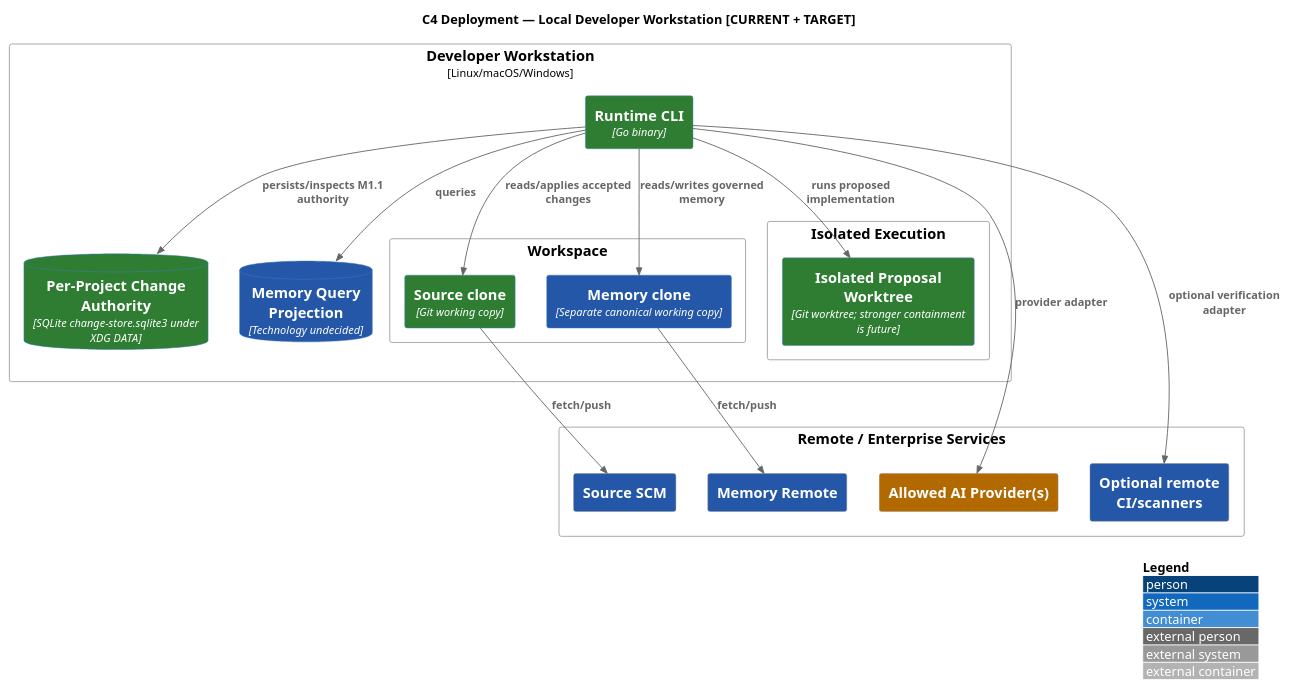
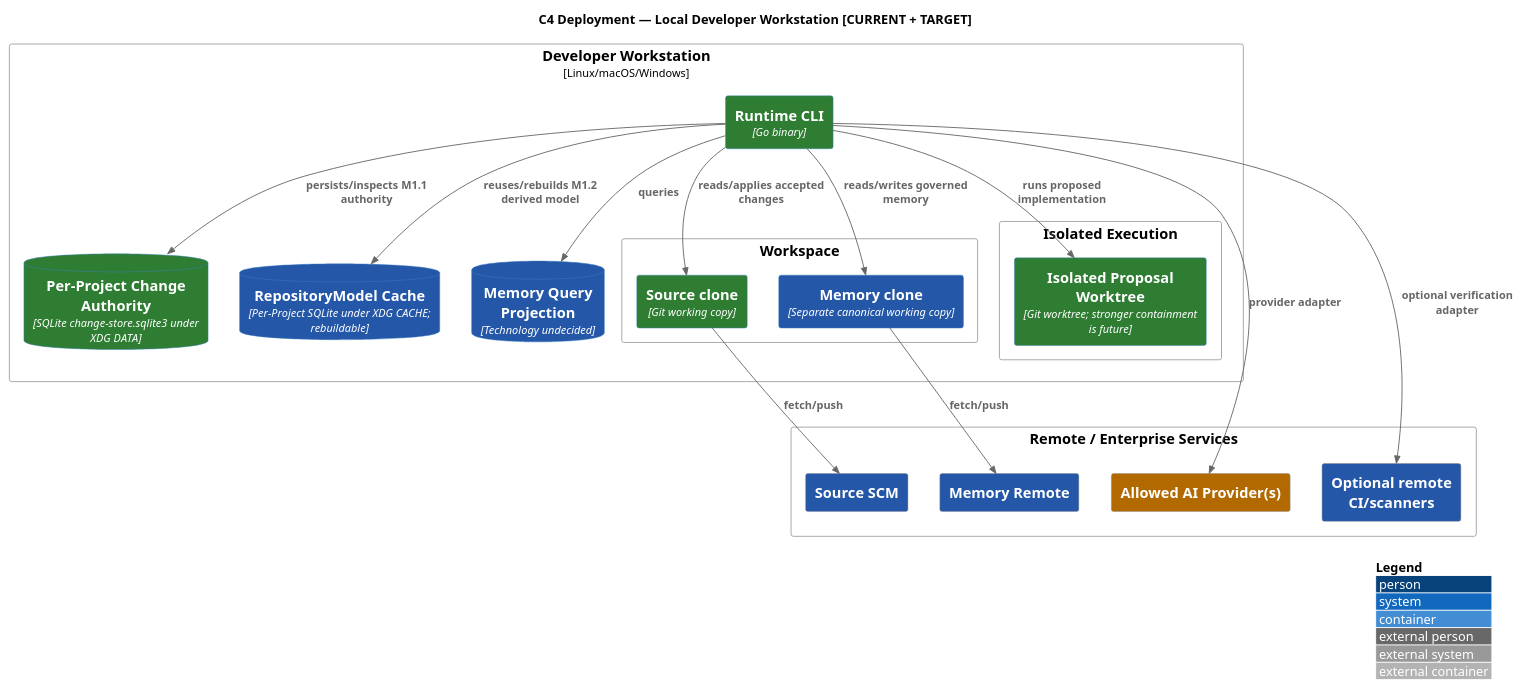
One commit to Eu-Pedro0ficial/praetor changed the diagram in docs/architecture/src/docs/arc42/diagrams/c4-deployment-local.puml. Above: the diagram before and after it, drawn with PlantUML. The commit also changed 37 other files, not shown here.

Commit message:
docs(m1.2): establish repository intelligence architecture

```diff
--- a/docs/architecture/src/docs/arc42/diagrams/c4-deployment-local.puml
+++ b/docs/architecture/src/docs/arc42/diagrams/c4-deployment-local.puml
@@ -1,35 +1,37 @@
 @startuml
 !include <C4/C4_Deployment>
 AddElementTag("AS-IS", $bgColor="#2E7D32", $fontColor="#FFFFFF", $legendText="AS-IS")
 AddElementTag("PARTIAL", $bgColor="#B26A00", $fontColor="#FFFFFF", $legendText="PARTIAL")
 AddElementTag("TARGET", $bgColor="#2457A7", $fontColor="#FFFFFF", $legendText="TARGET")
 LAYOUT_WITH_LEGEND()
 title C4 Deployment — Local Developer Workstation [CURRENT + TARGET]
 Deployment_Node(dev, "Developer Workstation", "Linux/macOS/Windows") {
   Container(cli, "Runtime CLI", "Go binary", $tags="AS-IS")
   ContainerDb(changeStore, "Per-Project Change Authority", "SQLite change-store.sqlite3 under XDG DATA", $tags="AS-IS")
+  ContainerDb(repositoryCache, "RepositoryModel Cache", "Per-Project SQLite under XDG CACHE; rebuildable", $tags="TARGET")
   ContainerDb(index, "Memory Query Projection", "Technology undecided", $tags="TARGET")
   Deployment_Node(workspace, "Workspace") {
     Container(srcLocal, "Source clone", "Git working copy", $tags="AS-IS")
     Container(memLocal, "Memory clone", "Separate canonical working copy", $tags="TARGET")
   }
   Deployment_Node(isolated, "Isolated Execution") {
     Container(sandbox, "Isolated Proposal Worktree", "Git worktree; stronger containment is future", $tags="AS-IS")
   }
 }
 Deployment_Node(remote, "Remote / Enterprise Services") {
   System_Ext(srcRemote, "Source SCM", $tags="TARGET")
   System_Ext(memRemote, "Memory Remote", $tags="TARGET")
   System_Ext(ai, "Allowed AI Provider(s)", $tags="PARTIAL")
   System_Ext(tools, "Optional remote CI/scanners", $tags="TARGET")
 }
 Rel(cli, index, "queries")
 Rel(cli, changeStore, "persists/inspects M1.1 authority")
+Rel(cli, repositoryCache, "reuses/rebuilds M1.2 derived model")
 Rel(cli, srcLocal, "reads/applies accepted changes")
 Rel(cli, memLocal, "reads/writes governed memory")
 Rel(cli, sandbox, "runs proposed implementation")
 Rel(srcLocal, srcRemote, "fetch/push")
 Rel(memLocal, memRemote, "fetch/push")
 Rel(cli, ai, "provider adapter")
 Rel(cli, tools, "optional verification adapter")
 @enduml
```
